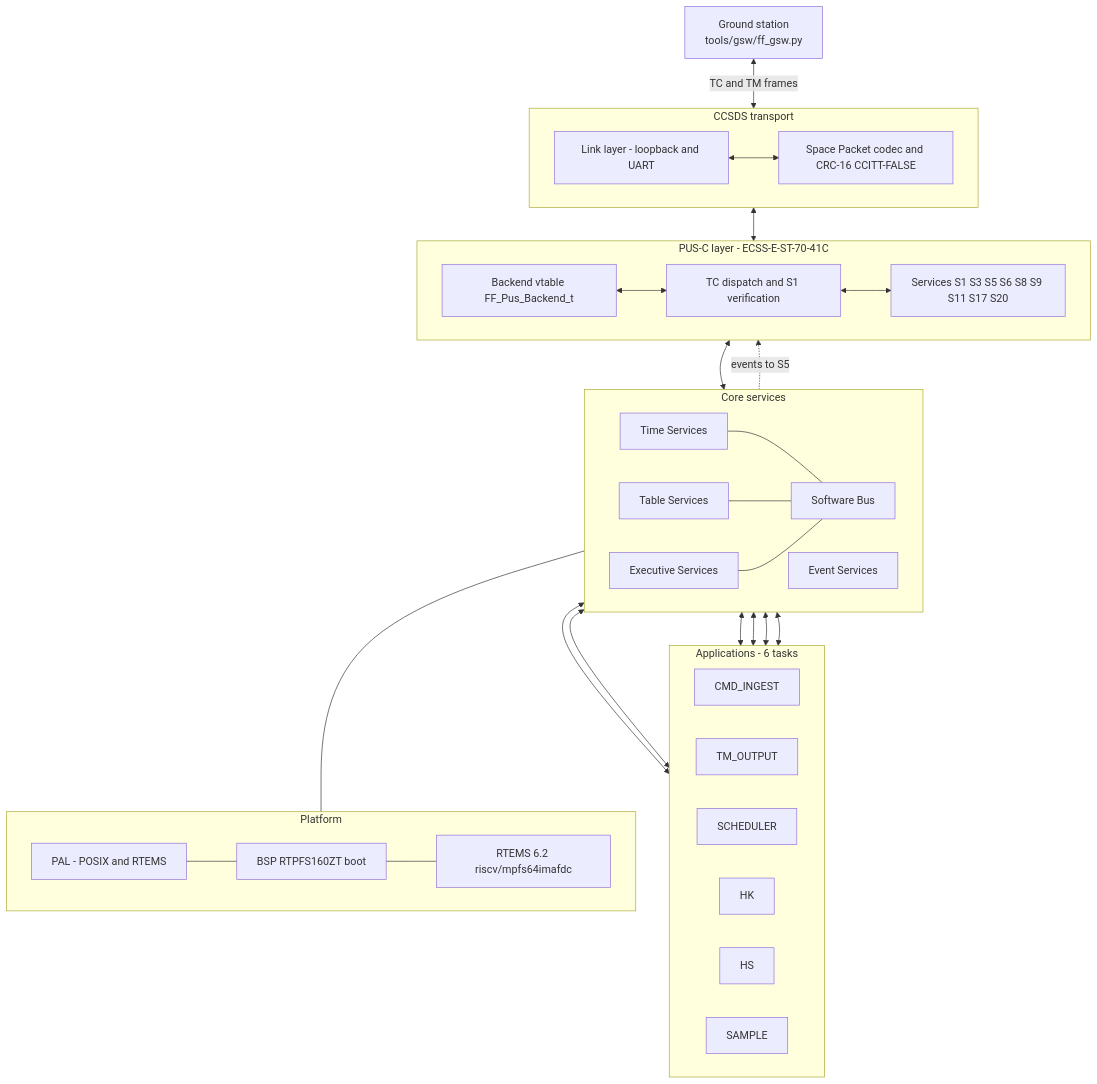
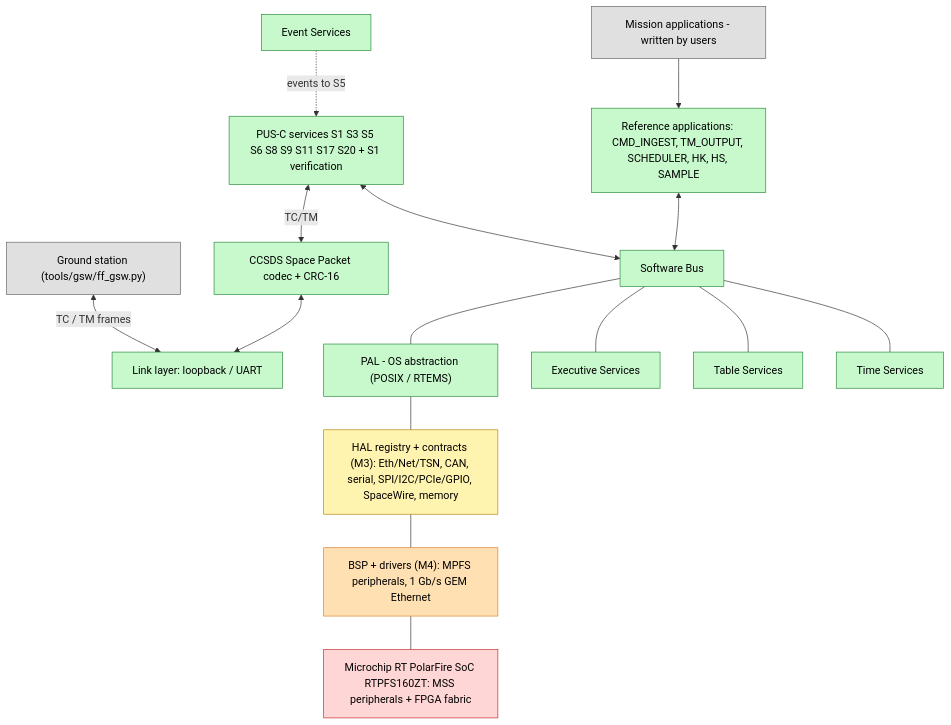
One commit to ilfrick/frick-fsw changed the diagram in docs/architecture/overview.md. Above: the diagram before and after it, drawn with Mermaid. The commit also changed other lines of this file and 53 other files, not shown here.

First line of the commit message:
M3: HAL interfaces + ECSS design/assurance documentation

````diff
--- a/docs/architecture/overview.md
+++ b/docs/architecture/overview.md
@@ -41,63 +41,40 @@
 ```mermaid
 flowchart TB
-    GSW["Ground station<br/>tools/gsw/ff_gsw.py"]
+    classDef impl fill:#c7f9cc,stroke:#2b8a3e,color:#000
+    classDef iface fill:#fff3b0,stroke:#b8860b,color:#000
+    classDef m4 fill:#ffe0b3,stroke:#d9822b,color:#000
+    classDef user fill:#e0e0e0,stroke:#666,color:#000
+    classDef hw fill:#ffd6d6,stroke:#c92a2a,color:#000
 
-    subgraph APPS["Applications - 6 tasks"]
-        direction LR
-        A1["CMD_INGEST"]
-        A2["TM_OUTPUT"]
-        A3["SCHEDULER"]
-        A4["HK"]
-        A5["HS"]
-        A6["SAMPLE"]
-    end
+    GSW["Ground station (tools/gsw/ff_gsw.py)"]:::user
+    MISSION["Mission applications - written by users"]:::user
 
-    subgraph PUS["PUS-C layer - ECSS-E-ST-70-41C"]
-        direction LR
-        P1["TC dispatch and S1 verification"]
-        P2["Services S1 S3 S5 S6 S8 S9 S11 S17 S20"]
-        P3["Backend vtable FF_Pus_Backend_t"]
-    end
+    A1["Reference applications: CMD_INGEST, TM_OUTPUT, SCHEDULER, HK, HS, SAMPLE"]:::impl
+    P1["PUS-C services S1 S3 S5 S6 S8 S9 S11 S17 S20 + S1 verification"]:::impl
+    C1["Software Bus"]:::impl
+    C2["Event Services"]:::impl
+    C3["Executive Services"]:::impl
+    C4["Table Services"]:::impl
+    C5["Time Services"]:::impl
+    T1["CCSDS Space Packet codec + CRC-16"]:::impl
+    T2["Link layer: loopback / UART"]:::impl
+    PL1["PAL - OS abstraction (POSIX / RTEMS)"]:::impl
+    H1["HAL registry + contracts (M3): Eth/Net/TSN, CAN, serial, SPI/I2C/PCIe/GPIO, SpaceWire, memory"]:::iface
+    B1["BSP + drivers (M4): MPFS peripherals, 1 Gb/s GEM Ethernet"]:::m4
+    HW["Microchip RT PolarFire SoC RTPFS160ZT: MSS peripherals + FPGA fabric"]:::hw
 
-    subgraph CORE["Core services"]
-        direction LR
-        C1["Software Bus"]
-        C2["Event Services"]
-        C3["Executive Services"]
-        C4["Table Services"]
-        C5["Time Services"]
-    end
-
-    subgraph TRANSPORT["CCSDS transport"]
-        direction LR
-        T1["Space Packet codec and CRC-16 CCITT-FALSE"]
-        T2["Link layer - loopback and UART"]
-    end
-
-    subgraph PLATFORM["Platform"]
-        direction LR
-        PL1["PAL - POSIX and RTEMS"]
-        PL2["BSP RTPFS160ZT boot"]
-        PL3["RTEMS 6.2 riscv/mpfs64imafdc"]
-    end
-
-    GSW <-->|"TC and TM frames"| T2
-    T2 <--> T1
-    T1 <--> P3
-    P3 <--> P1
-    P1 <--> P2
-    P2 <--> C1
-    C2 -.->|"events to S5"| P2
-    C1 <--> A1
-    C1 <--> A2
-    C1 <--> A3
-    C1 <--> A4
-    C1 <--> A5
-    C1 <--> A6
-    C5 --- C1
-    C4 --- C1
-    C3 --- C1
+    MISSION --> A1
+    GSW <-->|"TC / TM frames"| T2
+    A1 <--> C1
+    P1 <--> C1
+    P1 <-->|"TC/TM"| T1
+    C2 -.->|"events to S5"| P1
+    T1 <--> T2
+    C1 --- C5
+    C1 --- C4
+    C1 --- C3
     C1 --- PL1
-    PL1 --- PL2
-    PL2 --- PL3
+    PL1 --- H1
+    H1 --- B1
+    B1 --- HW
 ```
````
